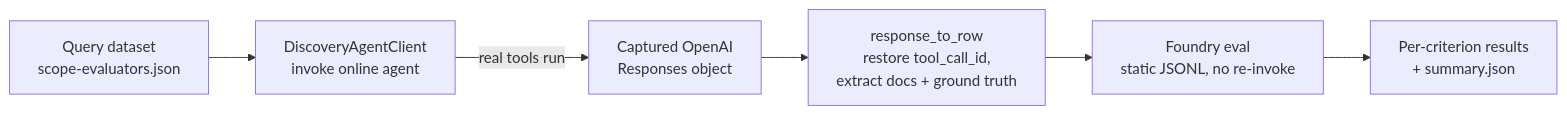
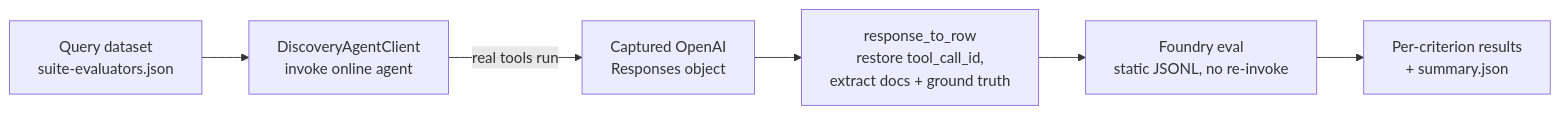
The diagram in utilities/agent-evaluation/README.md (microsoft/discovery), drawn with Mermaid before and after one commit. The commit also changed other lines of this file and 5 other files, not shown here.

````diff
--- a/utilities/agent-evaluation/README.md
+++ b/utilities/agent-evaluation/README.md
@@ -44,8 +44,8 @@
 ```mermaid
 flowchart LR
-  A[Query dataset<br/>scope-evaluators.json] --> B[DiscoveryAgentClient<br/>invoke online agent]
+  A[Query dataset<br/>suite-evaluators.json] --> B[DiscoveryAgentClient<br/>invoke online agent]
   B -->|real tools run| C[Captured OpenAI<br/>Responses object]
   C --> D[response_to_row<br/>restore tool_call_id,<br/>extract docs + ground truth]
   D --> E[Foundry eval<br/>static JSONL, no re-invoke]
   E --> F[Per-criterion results<br/>+ summary.json]
 ```
````
